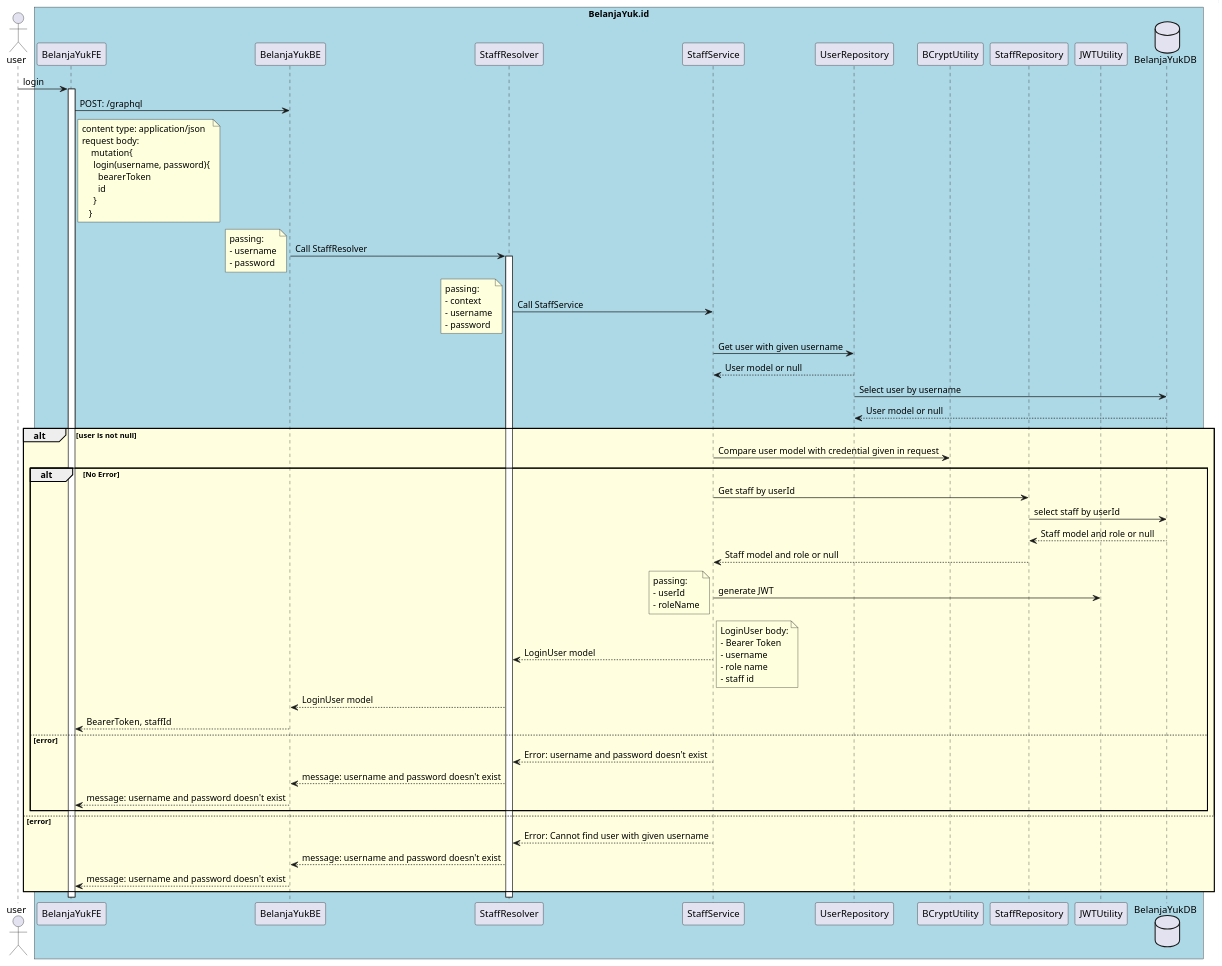
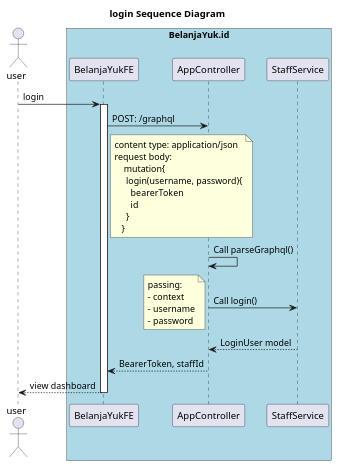
The diagram in SA/sequencediagram/staff/simple/login.puml (dedeandress/belanjayukid-be-services), drawn with PlantUML before and after one commit. The commit also changed 14 other files, not shown here.

Commit message:
add diagram for SA

```diff
--- a/SA/sequencediagram/staff/simple/login.puml
+++ b/SA/sequencediagram/staff/simple/login.puml
@@ -1,81 +1,35 @@
 @startuml
+title: login Sequence Diagram
 actor user
-database BelanjaYukDB
-
 box "BelanjaYuk.id" #LightBlue
 participant BelanjaYukFE
-participant BelanjaYukBE
-participant StaffResolver
+participant AppController
 participant StaffService
-participant UserRepository
-participant BCryptUtility
-participant StaffRepository
-participant JWTUtility
-participant BelanjaYukDB
 end box
 
 user -> BelanjaYukFE ++ : login
-BelanjaYukFE -> BelanjaYukBE: POST: /graphql
+BelanjaYukFE -> AppController: POST: /graphql
     note right of BelanjaYukFE
     content type: application/json
     request body:
         mutation{
          login(username, password){
            bearerToken
            id
          }
        }
     end note
-BelanjaYukBE -> StaffResolver ++: Call StaffResolver
-    note left
-    passing:
-    - username
-    - password
-    end note
-StaffResolver -> StaffService: Call StaffService
+AppController -> AppController : Call parseGraphql()
+AppController -> StaffService: Call login()
     note left
     passing:
     - context
     - username
     - password
     end note
-StaffService -> UserRepository: Get user with given username
-UserRepository --> StaffService: User model or null
-UserRepository -> BelanjaYukDB: Select user by username
-BelanjaYukDB --> UserRepository: User model or null
-alt #LightYellow user is not null
-    StaffService -> BCryptUtility: Compare user model with credential given in request
-    alt No Error
-        StaffService -> StaffRepository: Get staff by userId
-        StaffRepository -> BelanjaYukDB: select staff by userId
-        BelanjaYukDB --> StaffRepository: Staff model and role or null
-        StaffRepository --> StaffService: Staff model and role or null
-        StaffService -> JWTUtility: generate JWT
-        note left
-        passing:
-        - userId
-        - roleName
-        end note
-        StaffService --> StaffResolver: LoginUser model
-        note right
-        LoginUser body:
-        - Bearer Token
-        - username
-        - role name
-        - staff id
-        end note
-        StaffResolver --> BelanjaYukBE: LoginUser model
-        BelanjaYukBE --> BelanjaYukFE: BearerToken, staffId
-        else error
-        StaffService --> StaffResolver: Error: username and password doesn't exist
-        StaffResolver --> BelanjaYukBE: message: username and password doesn't exist
-        BelanjaYukBE --> BelanjaYukFE: message: username and password doesn't exist
-    end
-    else error
-    StaffService --> StaffResolver: Error: Cannot find user with given username
-    StaffResolver --> BelanjaYukBE: message: username and password doesn't exist
-    BelanjaYukBE --> BelanjaYukFE: message: username and password doesn't exist
-end
+StaffService --> AppController -- : LoginUser model
+AppController --> BelanjaYukFE -- : BearerToken, staffId
+BelanjaYukFE --> user -- : view dashboard
 
 
 @enduml
```
